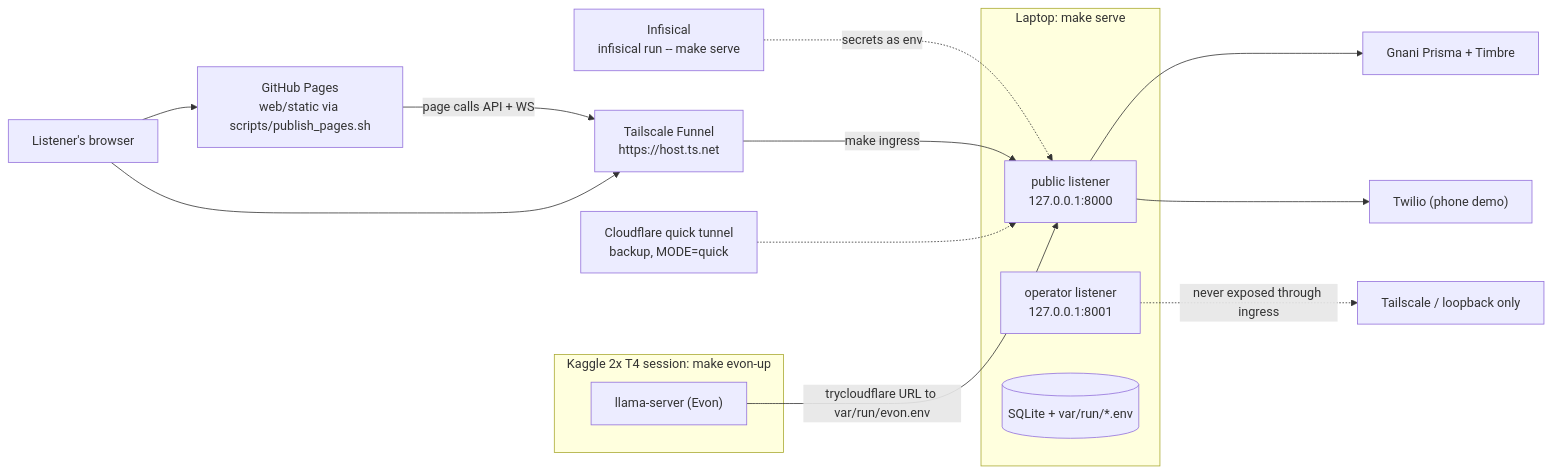
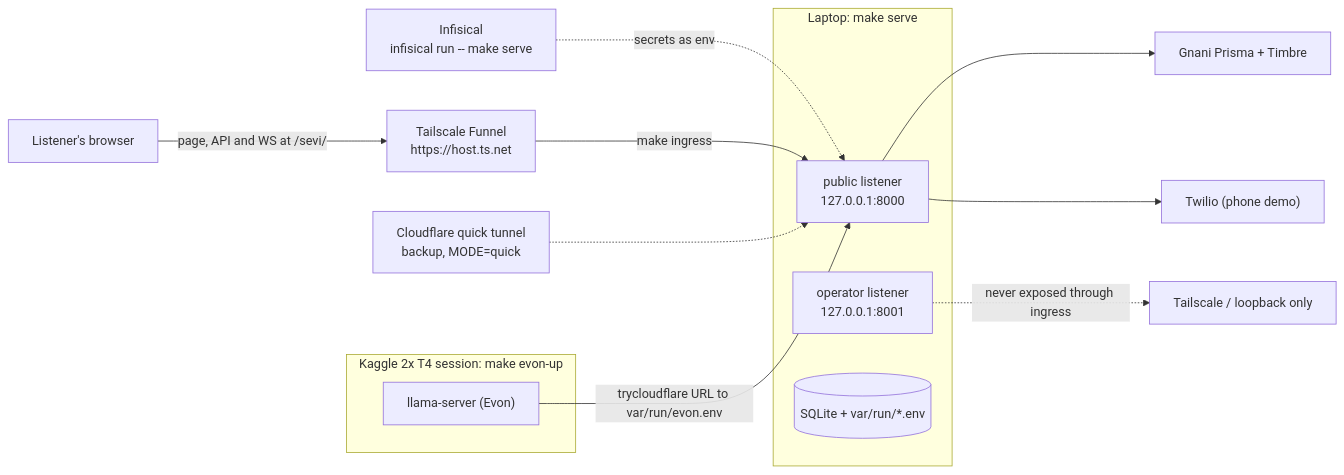
One commit to theCodeForgerHQ/sevi changed diagram 13 of 13 in README.md. Above: the diagram before and after it, drawn with Mermaid. The commit also changed other lines of this file, not shown here.

Commit message:
docs(readme): page served by sevi via Funnel, record the Tamil review (#111)

````diff
--- a/README.md
+++ b/README.md
@@ -727,21 +727,19 @@
 ```mermaid
 flowchart LR
     subgraph Laptop["Laptop: make serve"]
         PUB["public listener<br/>127.0.0.1:8000"]
         OPL["operator listener<br/>127.0.0.1:8001"]
         DB[("SQLite + var/run/*.env")]
     end
     INF["Infisical<br/>infisical run -- make serve"] -.->|"secrets as env"| PUB
     TS["Tailscale Funnel<br/>https://host.ts.net"] -->|"make ingress"| PUB
     CF["Cloudflare quick tunnel<br/>backup, MODE=quick"] -.-> PUB
-    GH["GitHub Pages<br/>web/static via scripts/publish_pages.sh"] -->|"page calls API + WS"| TS
-    USER["Listener's browser"] --> GH
-    USER --> TS
+    USER["Listener's browser"] -->|"page, API and WS at /sevi/"| TS
     subgraph Kaggle["Kaggle 2x T4 session: make evon-up"]
         LLAMA["llama-server (Evon)"]
     end
     LLAMA -->|"trycloudflare URL to var/run/evon.env"| PUB
     PUB --> GN["Gnani Prisma + Timbre"]
     PUB --> TWL["Twilio (phone demo)"]
     OPL -.->|"never exposed through ingress"| X["Tailscale / loopback only"]
 ```
````
